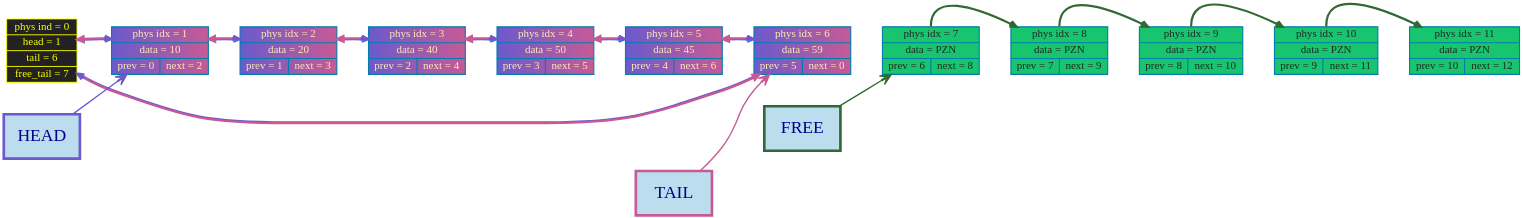
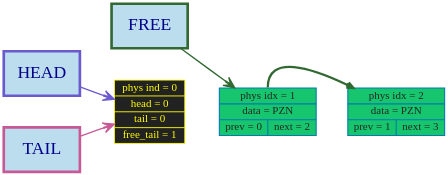
One commit to timoko3/list changed the diagram in graphDumps/graphDump.dot. Above: the diagram before and after it, drawn with Graphviz. The commit also changed 39 other files, not shown here.

```diff
--- a/graphDumps/graphDump.dot
+++ b/graphDumps/graphDump.dot
@@ -1,62 +1,26 @@
 digraph G {
 rankdir=LR
 bgcolor="transparent"
 nodesep = 1;
 ranksep = 1
 	node [shape=record, style="filled", fillcolor="#FFA089", fontcolor="black", color="#007CAD", penwidth=2.5, fontname="Tahoma", fontsize=25];
 
 edge [color="#2d714f", arrowsize=1, penwidth=5, arrowhead="vee", style="bold"];
-node0 [label="phys ind = 0 | head = 1 | tail = 6 | free_tail = 7", shape=record, style="filled", fillcolor="#222222", fontcolor="yellow", color="yellow", penwidth=2];
-	node1 [label="phys idx = 1 | data = 10 | {prev = 0 | next = 2} "];
-	node2 [label="phys idx = 2 | data = 20 | {prev = 1 | next = 3} "];
-	node3 [label="phys idx = 3 | data = 40 | {prev = 2 | next = 4} "];
-	node4 [label="phys idx = 4 | data = 50 | {prev = 3 | next = 5} "];
-	node5 [label="phys idx = 5 | data = 45 | {prev = 4 | next = 6} "];
-	node6 [label="phys idx = 6 | data = 59 | {prev = 5 | next = 0} "];
-	node7 [label="phys idx = 7 | data = PZN | {prev = 6 | next = 8} "];
-	node8 [label="phys idx = 8 | data = PZN | {prev = 7 | next = 9} "];
-	node9 [label="phys idx = 9 | data = PZN | {prev = 8 | next = 10} "];
-	node10 [label="phys idx = 10 | data = PZN | {prev = 9 | next = 11} "];
-	node11 [label="phys idx = 11 | data = PZN | {prev = 10 | next = 12} "];
+node0 [label="phys ind = 0 | head = 0 | tail = 0 | free_tail = 1", shape=record, style="filled", fillcolor="#222222", fontcolor="yellow", color="yellow", penwidth=2];
+	node1 [label="phys idx = 1 | data = PZN | {prev = 0 | next = 2} "];
+	node2 [label="phys idx = 2 | data = PZN | {prev = 1 | next = 3} "];
 
 head_label      [shape=box, width = 2.4, height = 1.4, label="HEAD", style="filled", fillcolor="#BBDDEE", color="#6A5ACD", penwidth = 6,  fontcolor="darkblue", fontsize = 40];
 tail_label      [shape=box, width = 2.4, height = 1.4, label="TAIL", style="filled", fillcolor="#BBDDEE", color="#c75a96ff", penwidth = 6,  fontcolor="darkblue", fontsize = 40];
 free_head_label [shape=box, width = 2.4, height = 1.4, label="FREE", style="filled", fillcolor="#BBDDEE", color="#326932", penwidth = 6,  fontcolor="darkblue", fontsize = 40];
-head_label      -> node1 [color="#6A5ACD"  , arrowsize=2.5, penwidth=3];
-tail_label      -> node6 [color="#c75a96ff"  , arrowsize=2.5, penwidth=3];
-free_head_label -> node7 [color="#326932"  , arrowsize=2.5, penwidth=3];
+head_label      -> node0 [color="#6A5ACD"  , arrowsize=2.5, penwidth=3];
+tail_label      -> node0 [color="#c75a96ff"  , arrowsize=2.5, penwidth=3];
+free_head_label -> node1 [color="#326932"  , arrowsize=2.5, penwidth=3];
 node0 -> node1[style=invis, weight = 100000];
-	node1 -> node2 -> node3 -> node4 -> node5 -> node6 -> node7 -> node8 -> node9 -> node10 -> node11[style=invis, weight=1000000];
-	node0 -> node1[color="#6A5ACD:#c75a96ff", arrowsize=1.5, penwidth=5, weight=1000, constraint=false, dir = both];
-node1 [fillcolor = "#6A5ACD:#c75a96ff", fontcolor = "#ffe9b5ff"]
-node2 [fillcolor = "#6A5ACD:#c75a96ff", fontcolor = "#ffe9b5ff"]
-node1 -> node2[color="#6A5ACD:#c75a96ff", arrowsize=1.5, penwidth=5, weight=1000, constraint=false, dir = both];
-node2 [fillcolor = "#6A5ACD:#c75a96ff", fontcolor = "#ffe9b5ff"]
-node3 [fillcolor = "#6A5ACD:#c75a96ff", fontcolor = "#ffe9b5ff"]
-node2 -> node3[color="#6A5ACD:#c75a96ff", arrowsize=1.5, penwidth=5, weight=1000, constraint=false, dir = both];
-node3 [fillcolor = "#6A5ACD:#c75a96ff", fontcolor = "#ffe9b5ff"]
-node4 [fillcolor = "#6A5ACD:#c75a96ff", fontcolor = "#ffe9b5ff"]
-node3 -> node4[color="#6A5ACD:#c75a96ff", arrowsize=1.5, penwidth=5, weight=1000, constraint=false, dir = both];
-node4 [fillcolor = "#6A5ACD:#c75a96ff", fontcolor = "#ffe9b5ff"]
-node5 [fillcolor = "#6A5ACD:#c75a96ff", fontcolor = "#ffe9b5ff"]
-node4 -> node5[color="#6A5ACD:#c75a96ff", arrowsize=1.5, penwidth=5, weight=1000, constraint=false, dir = both];
-node5 [fillcolor = "#6A5ACD:#c75a96ff", fontcolor = "#ffe9b5ff"]
-node6 [fillcolor = "#6A5ACD:#c75a96ff", fontcolor = "#ffe9b5ff"]
-node5 -> node6[color="#6A5ACD:#c75a96ff", arrowsize=1.5, penwidth=5, weight=1000, constraint=false, dir = both];
-node6 [fillcolor = "#6A5ACD:#c75a96ff", fontcolor = "#ffe9b5ff"]
-node6 -> node0[color="#6A5ACD:#c75a96ff", arrowsize=1.5, penwidth=5, weight=1000, constraint=false, dir = both];
-node7 [fillcolor = "#16c56eff", fontcolor = "#222926ff"]
-node8 [fillcolor = "#16c56eff", fontcolor = "#222926ff"]
-node7 -> node8[color="#326932", arrowsize=1.5, penwidth=5, weight=1000, constraint=false, tailport = n];
-node8 [fillcolor = "#16c56eff", fontcolor = "#222926ff"]
-node9 [fillcolor = "#16c56eff", fontcolor = "#222926ff"]
-node8 -> node9[color="#326932", arrowsize=1.5, penwidth=5, weight=1000, constraint=false, tailport = n];
-node9 [fillcolor = "#16c56eff", fontcolor = "#222926ff"]
-node10 [fillcolor = "#16c56eff", fontcolor = "#222926ff"]
-node9 -> node10[color="#326932", arrowsize=1.5, penwidth=5, weight=1000, constraint=false, tailport = n];
-node10 [fillcolor = "#16c56eff", fontcolor = "#222926ff"]
-node11 [fillcolor = "#16c56eff", fontcolor = "#222926ff"]
-node10 -> node11[color="#326932", arrowsize=1.5, penwidth=5, weight=1000, constraint=false, tailport = n];
-node11 [fillcolor = "#16c56eff", fontcolor = "#222926ff"]
+	node1 -> node2[style=invis, weight=1000000];
+	node1 [fillcolor = "#16c56eff", fontcolor = "#222926ff"]
+node2 [fillcolor = "#16c56eff", fontcolor = "#222926ff"]
+node1 -> node2[color="#326932", arrowsize=1.5, penwidth=5, weight=1000, constraint=false, tailport = n];
+node2 [fillcolor = "#16c56eff", fontcolor = "#222926ff"]
 
 }
```
